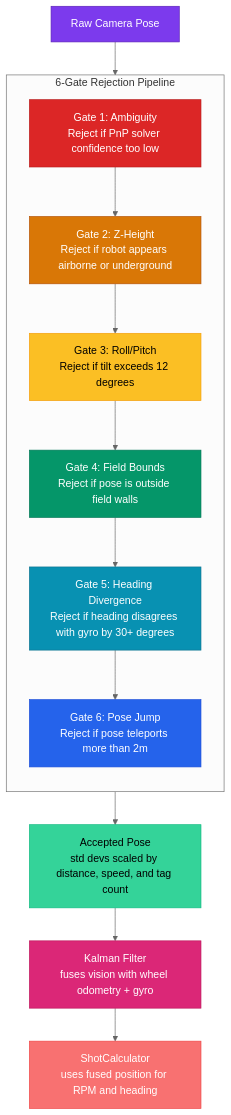
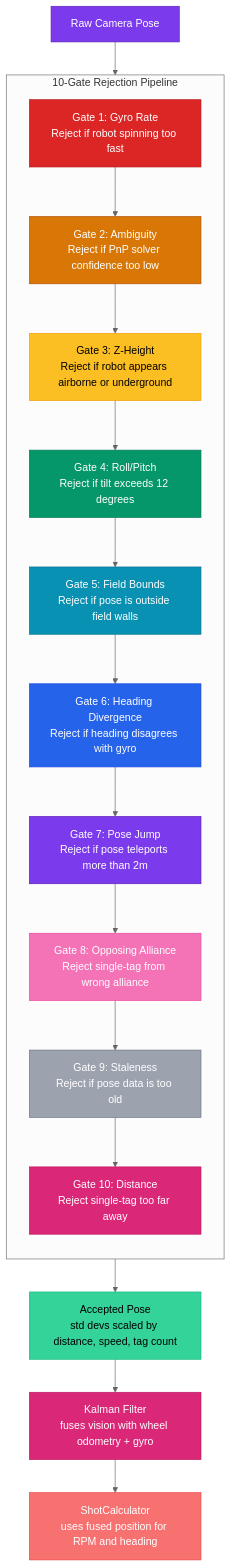
One commit to eeveemara/frc5962-2026-docs changed the diagram in docs/architecture/vision-system.md. Above: the diagram before and after it, drawn with Mermaid (neutral theme). The commit also changed other lines of this file and 19 other files, not shown here.

````diff
--- a/docs/architecture/vision-system.md
+++ b/docs/architecture/vision-system.md
@@ -32,33 +34,41 @@
 ```mermaid
 flowchart TB
     RAW[Raw Camera Pose]
 
-    subgraph GATES ["6-Gate Rejection Pipeline"]
+    subgraph GATES ["10-Gate Rejection Pipeline"]
         direction TB
-        G1[Gate 1: Ambiguity<br/>Reject if PnP solver confidence too low]
-        G2[Gate 2: Z-Height<br/>Reject if robot appears airborne or underground]
-        G3[Gate 3: Roll/Pitch<br/>Reject if tilt exceeds 12 degrees]
-        G4[Gate 4: Field Bounds<br/>Reject if pose is outside field walls]
-        G5[Gate 5: Heading Divergence<br/>Reject if heading disagrees with gyro by 30+ degrees]
-        G6[Gate 6: Pose Jump<br/>Reject if pose teleports more than 2m]
-        G1 --> G2 --> G3 --> G4 --> G5 --> G6
+        G1[Gate 1: Gyro Rate<br/>Reject if robot spinning too fast]
+        G2[Gate 2: Ambiguity<br/>Reject if PnP solver confidence too low]
+        G3[Gate 3: Z-Height<br/>Reject if robot appears airborne or underground]
+        G4[Gate 4: Roll/Pitch<br/>Reject if tilt exceeds 12 degrees]
+        G5[Gate 5: Field Bounds<br/>Reject if pose is outside field walls]
+        G6[Gate 6: Heading Divergence<br/>Reject if heading disagrees with gyro]
+        G7[Gate 7: Pose Jump<br/>Reject if pose teleports more than 2m]
+        G8[Gate 8: Opposing Alliance<br/>Reject single-tag from wrong alliance]
+        G9[Gate 9: Staleness<br/>Reject if pose data is too old]
+        G10[Gate 10: Distance<br/>Reject single-tag too far away]
+        G1 --> G2 --> G3 --> G4 --> G5 --> G6 --> G7 --> G8 --> G9 --> G10
     end
 
-    ACC[Accepted Pose<br/>std devs scaled by distance, speed, and tag count]
+    ACC[Accepted Pose<br/>std devs scaled by distance, speed, tag count]
     KF[Kalman Filter<br/>fuses vision with wheel odometry + gyro]
     SC[ShotCalculator<br/>uses fused position for RPM and heading]
 
     RAW --> G1
-    G6 --> ACC --> KF --> SC
+    G10 --> ACC --> KF --> SC
 
     style RAW fill:#7c3aed,stroke:#5b21b6,color:#fff
     style G1 fill:#dc2626,stroke:#b91c1c,color:#fff
     style G2 fill:#d97706,stroke:#b45309,color:#fff
     style G3 fill:#fbbf24,stroke:#f59e0b,color:#000
     style G4 fill:#059669,stroke:#047857,color:#fff
     style G5 fill:#0891b2,stroke:#0e7490,color:#fff
     style G6 fill:#2563eb,stroke:#1d4ed8,color:#fff
+    style G7 fill:#7c3aed,stroke:#5b21b6,color:#fff
+    style G8 fill:#f472b6,stroke:#ec4899,color:#fff
+    style G9 fill:#9ca3af,stroke:#6b7280,color:#fff
+    style G10 fill:#db2777,stroke:#be185d,color:#fff
     style ACC fill:#34d399,stroke:#10b981,color:#000
     style KF fill:#db2777,stroke:#be185d,color:#fff
     style SC fill:#f87171,stroke:#ef4444,color:#fff
 ```
````
